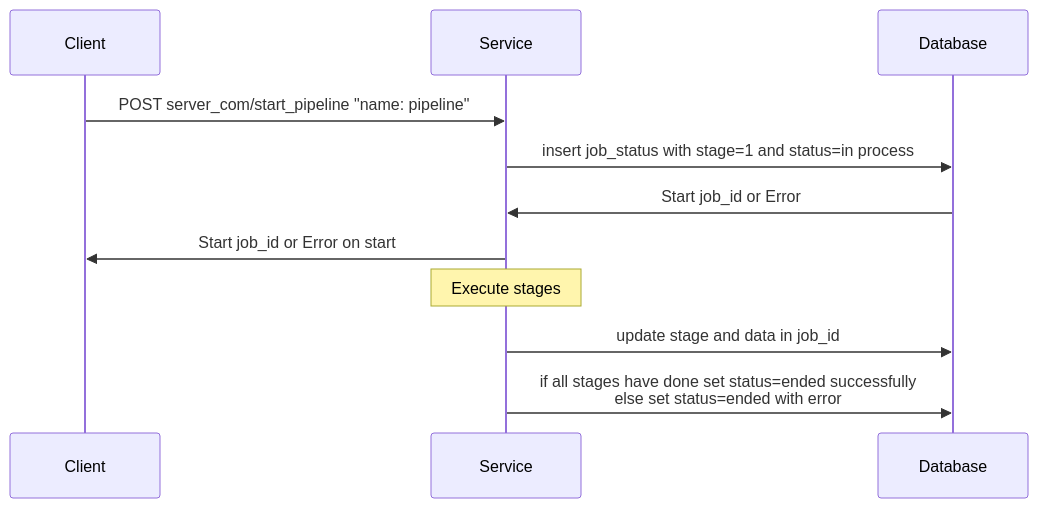
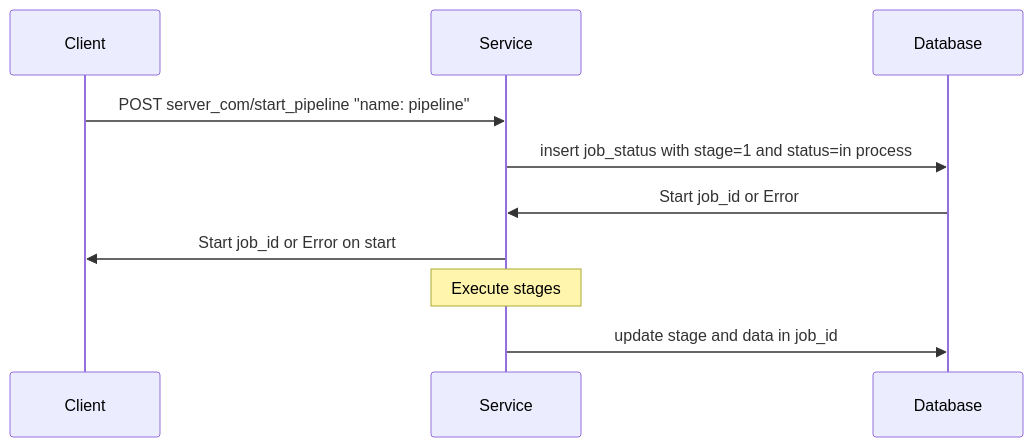
Before and after one commit to Jwostik/FastAPI: the second of 4 diagrams in pipeline.md, drawn with Mermaid.

````diff
--- a/pipeline.md
+++ b/pipeline.md
@@ -68,13 +68,12 @@
 ```mermaid
 sequenceDiagram
     participant C as Client
     participant S as Service
     participant D as Database
     C->>S: POST server_com/start_pipeline "name: pipeline"
     S->>D: insert job_status with stage=1 and status=in process
     D->>S: Start job_id or Error
     S->>C: Start job_id or Error on start
     Note over S: Execute stages
     S->>D: update stage and data in job_id
-    S->>D: if all stages have done set status=ended successfully<br/>else set status=ended with error
 ```
````
